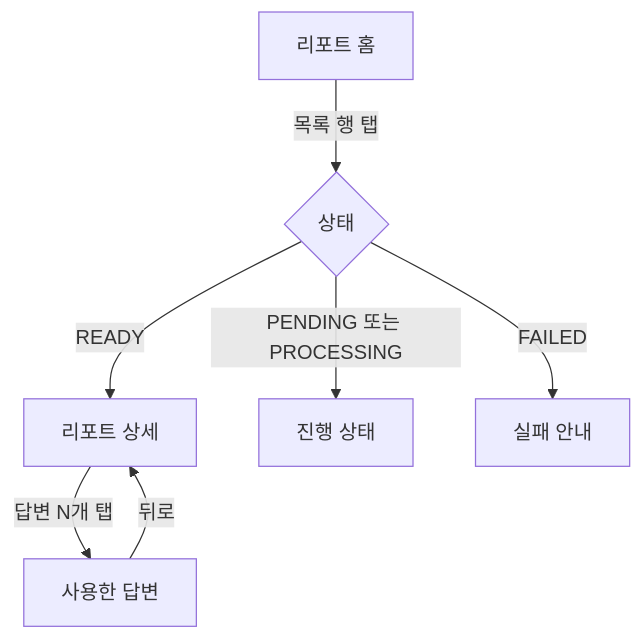
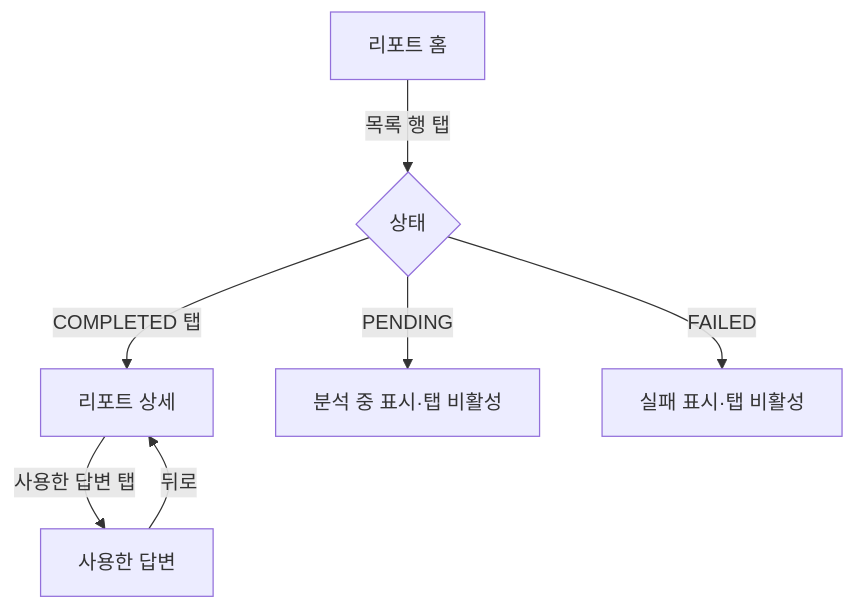
Before and after one commit to think-grow-studio/one-question-app-client: the second of 2 diagrams in docs/planning/ai-리포트-uiux기획.md, drawn with Mermaid. The commit also changed other lines of this file and 1 other file, not shown here.

````diff
--- a/docs/planning/ai-리포트-uiux기획.md
+++ b/docs/planning/ai-리포트-uiux기획.md
@@ -127,9 +127,9 @@
 ```mermaid
 flowchart TD
     A[리포트 홈] -->|목록 행 탭| B{상태}
-    B -->|READY| C[리포트 상세]
-    B -->|PENDING 또는 PROCESSING| D[진행 상태]
-    B -->|FAILED| E[실패 안내]
-    C -->|답변 N개 탭| F[사용한 답변]
+    B -->|COMPLETED 탭| C[리포트 상세]
+    B -->|PENDING| D[분석 중 표시·탭 비활성]
+    B -->|FAILED| E[실패 표시·탭 비활성]
+    C -->|사용한 답변 탭| F[사용한 답변]
     F -->|뒤로| C
 ```
````
